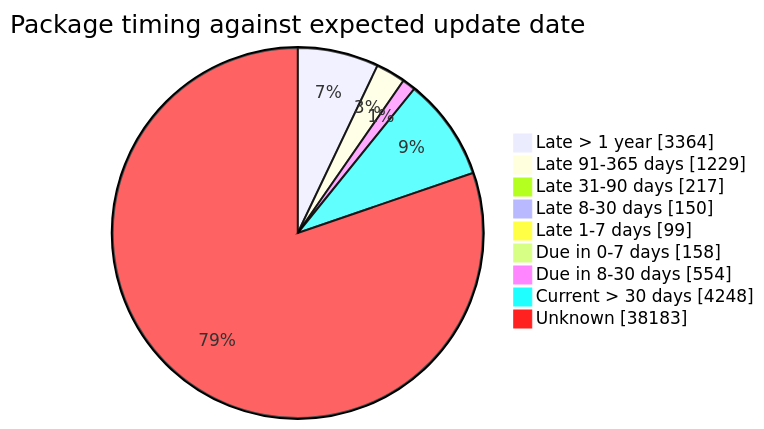
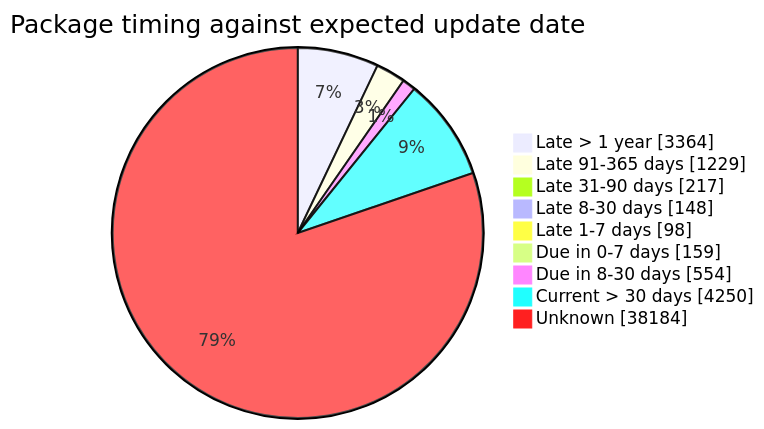
Before and after one commit to open-data/analytics-corporate-reporting: the fourth of 5 diagrams in FreshCheck/README.md, drawn with Mermaid. The commit also changed other lines of this file and 3 other files, not shown here.

````diff
--- a/FreshCheck/README.md
+++ b/FreshCheck/README.md
@@ -86,12 +86,12 @@
 ```mermaid
 pie showData title Package timing against expected update date
     "Late > 1 year": 3364
     "Late 91-365 days": 1229
     "Late 31-90 days": 217
-    "Late 8-30 days": 150
-    "Late 1-7 days": 99
-    "Due in 0-7 days": 158
+    "Late 8-30 days": 148
+    "Late 1-7 days": 98
+    "Due in 0-7 days": 159
     "Due in 8-30 days": 554
-    "Current > 30 days": 4248
-    "Unknown": 38183
+    "Current > 30 days": 4250
+    "Unknown": 38184
 ```
````
